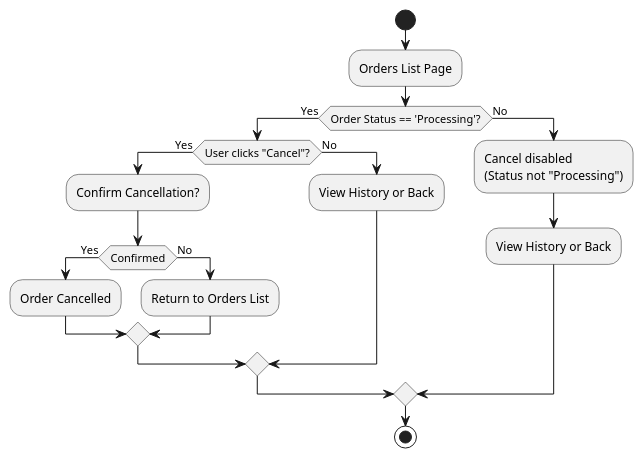
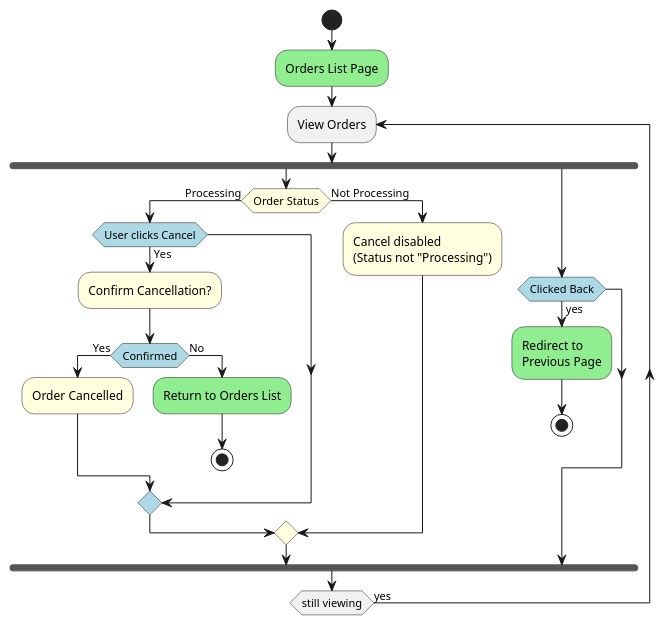
The diagram in src/components/orders/OrdersHistoryDiagram.puml (MuhannadYazbak/ecommerce), drawn with PlantUML before and after one commit. The commit also changed 13 other files, not shown here.

Commit message:
Activity PlantUML for all pages

```diff
--- a/src/components/orders/OrdersHistoryDiagram.puml
+++ b/src/components/orders/OrdersHistoryDiagram.puml
@@ -1,20 +1,26 @@
 @startuml OrdersHistoryDiagram
 start
-:Orders List Page;
-if (Order Status == 'Processing'?) then (Yes)
-  if (User clicks "Cancel"?) then (Yes)
-    :Confirm Cancellation?;
-    if (Confirmed) then (Yes)
-      :Order Cancelled;
+#lightgreen:Orders List Page;
+repeat :View Orders;
+fork
+#lightyellow:if (Order Status) then(Processing)
+  #lightblue:if(User clicks Cancel) then(Yes)
+    #lightyellow:Confirm Cancellation?;
+    #lightblue:if (Confirmed) then (Yes)
+      #lightyellow:Order Cancelled;
     else (No)
-      :Return to Orders List;
+      #lightgreen:Return to Orders List;
+      stop
     endif
-  else (No)
-    :View History or Back;
   endif
-else (No)
-  :Cancel disabled\n(Status not "Processing");
-  :View History or Back;
+else (Not Processing)
+  #lightyellow:Cancel disabled\n(Status not "Processing");
 endif
-stop
+fork again
+#lightblue:if(Clicked Back) then(yes)
+  #lightgreen:Redirect to\nPrevious Page;
+  stop
+endif
+end fork
+repeat while(still viewing) is(yes)
 @enduml
```
